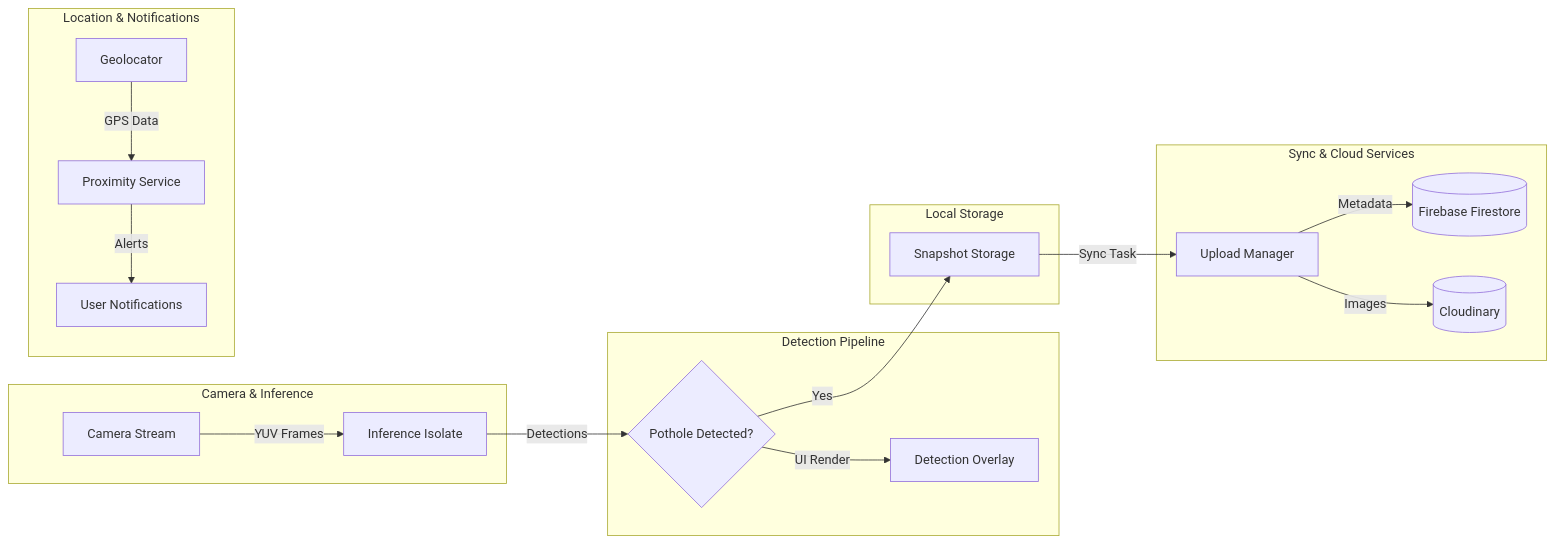
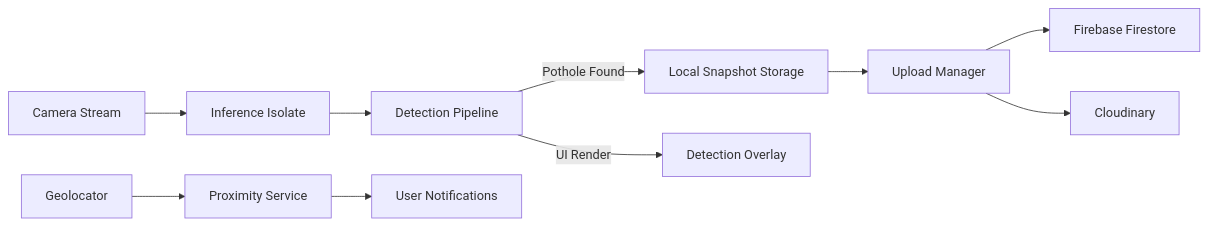
One commit to ean28/streetscan-mobile changed the diagram in README.md. Above: the diagram before and after it, drawn with Mermaid.

Commit message:
chore(docs): updated README documentation file

````diff
--- a/README.md
+++ b/README.md
@@ -20,45 +20,16 @@
 ```mermaid
 graph LR
-    %% Camera & Inference
-    subgraph Capture["Camera & Inference"]
-        A[Camera Stream]
-        B[Inference Isolate]
-        A -->|YUV Frames| B
-    end
+    A[Camera Stream] --> B[Inference Isolate]
+    B --> C[Detection Pipeline]
 
-    %% Detection Pipeline
-    subgraph Detection["Detection Pipeline"]
-        C{Pothole Detected?}
-        E[Detection Overlay]
-    end
+    C -->|Pothole Found| D[Local Snapshot Storage]
+    C -->|UI Render| E[Detection Overlay]
 
-    B -->|Detections| C
-    C -->|UI Render| E
+    D --> F[Upload Manager]
+    F --> G[Firebase Firestore]
+    F --> H[Cloudinary]
 
-    %% Local Storage
-    subgraph Local["Local Storage"]
-        D[Snapshot Storage]
-    end
+    I[Geolocator] --> J[Proximity Service]
+    J --> K[User Notifications]
 
-    C -->|Yes| D
-
-    %% Sync & Cloud
-    subgraph Cloud["Sync & Cloud Services"]
-        F[Upload Manager]
-        G[(Firebase Firestore)]
-        H[(Cloudinary)]
-        F -->|Metadata| G
-        F -->|Images| H
-    end
-
-    D -->|Sync Task| F
-
-    %% Location & Alerts
-    subgraph Location["Location & Notifications"]
-        I[Geolocator]
-        J[Proximity Service]
-        K[User Notifications]
-        I -->|GPS Data| J
-        J -->|Alerts| K
-    end
 ```
````
